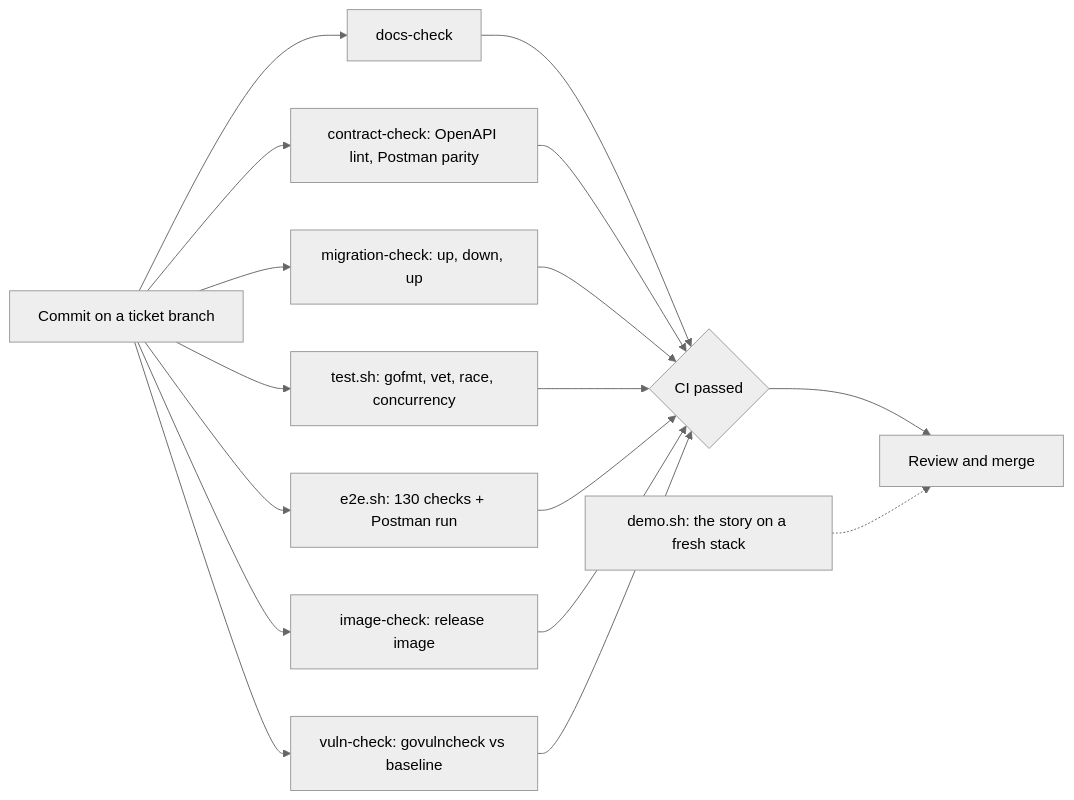
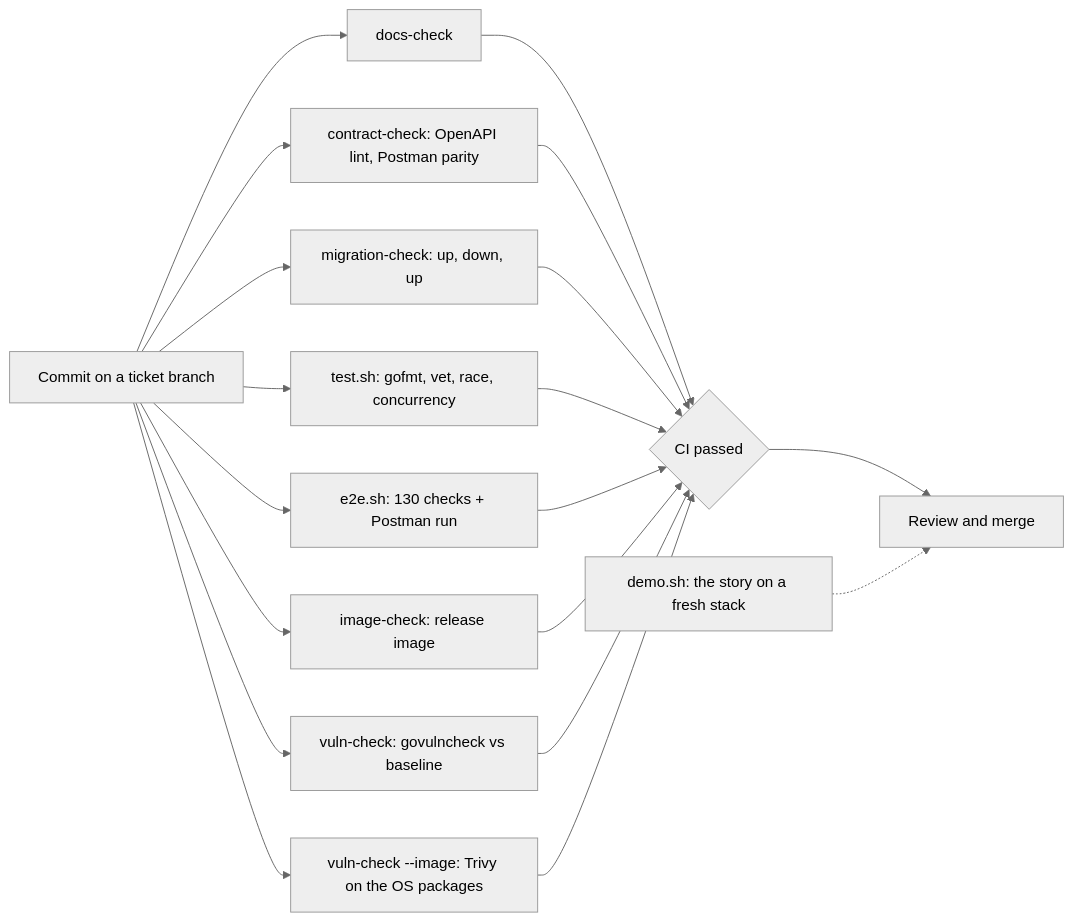
One commit to lathief/RiskForge changed the fifth of 5 diagrams in docs/ARCHITECTURE.md. Above: the diagram before and after it, drawn with Mermaid (neutral theme). The commit also changed 9 other files, not shown here.

````diff
--- a/docs/ARCHITECTURE.md
+++ b/docs/ARCHITECTURE.md
@@ -162,19 +162,21 @@
 ```mermaid
 flowchart LR
     Change[Commit on a ticket branch] --> Docs[docs-check]
     Change --> Contract["contract-check: OpenAPI lint, Postman parity"]
     Change --> Mig["migration-check: up, down, up"]
     Change --> Tests["test.sh: gofmt, vet, race, concurrency"]
     Change --> E2E["e2e.sh: 130 checks + Postman run"]
     Change --> Image["image-check: release image"]
     Change --> Vuln["vuln-check: govulncheck vs baseline"]
+    Change --> VulnImg["vuln-check --image: Trivy on the OS packages"]
     Docs --> Gate{CI passed}
     Contract --> Gate
     Mig --> Gate
     Tests --> Gate
     E2E --> Gate
     Image --> Gate
     Vuln --> Gate
+    VulnImg --> Gate
     Gate --> Review[Review and merge]
     Demo["demo.sh: the story on a fresh stack"] -.-> Review
 ```
````
